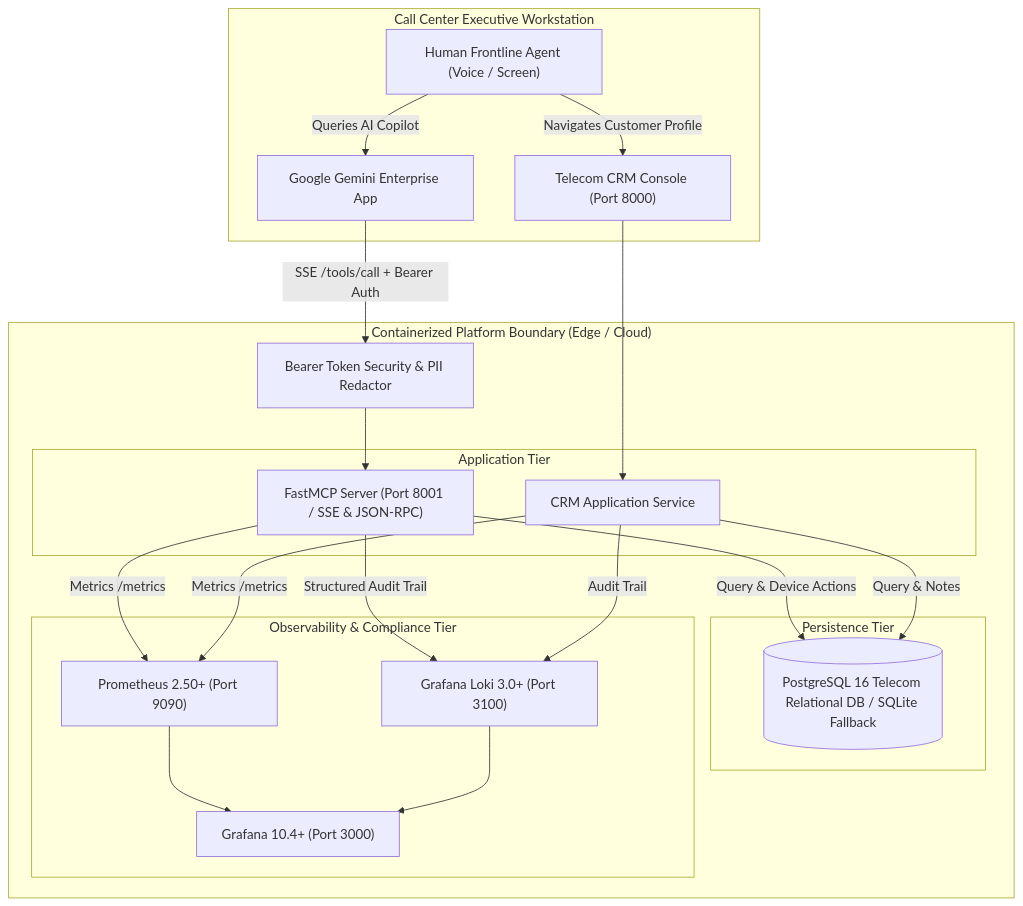
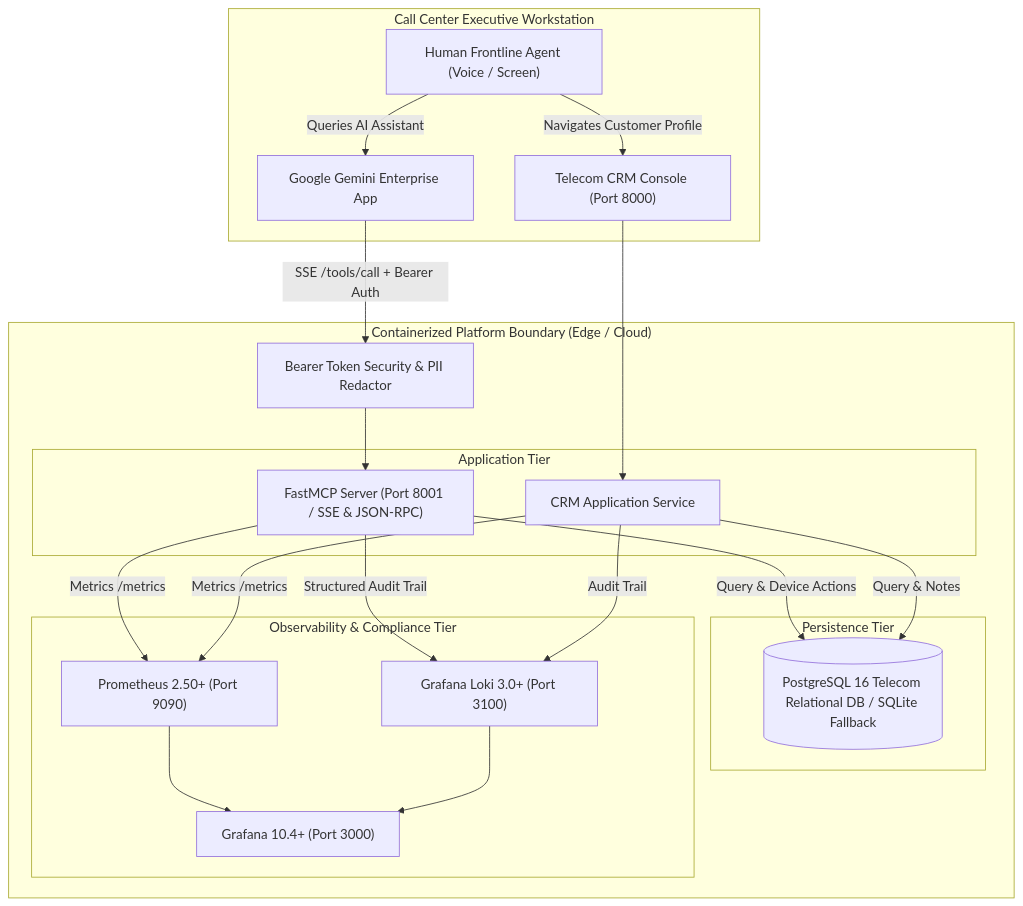
One commit to pradeesi/HybridAI changed the diagram in README.md. Above: the diagram before and after it, drawn with Mermaid. The commit also changed other lines of this file and 3 other files, not shown here.

````diff
--- a/README.md
+++ b/README.md
@@ -24,43 +24,43 @@
 ```mermaid
 graph TD
     subgraph AgentWorkstation["Call Center Executive Workstation"]
         Agent["Human Frontline Agent (Voice / Screen)"]
         CRM_UI["Telecom CRM Console (Port 8000)"]
         GE_App["Google Gemini Enterprise App"]
     end
 
     subgraph PlatformPerimeter["Containerized Platform Boundary (Edge / Cloud)"]
         AuthGuard["Bearer Token Security & PII Redactor"]
         
         subgraph AppServices["Application Tier"]
             MCP_Server["FastMCP Server (Port 8001 / SSE & JSON-RPC)"]
             CRM_Backend["CRM Application Service"]
         end
 
         subgraph DataTier["Persistence Tier"]
             PG[(PostgreSQL 16 Telecom Relational DB / SQLite Fallback)]
         end
 
         subgraph TelemetryTier["Observability & Compliance Tier"]
             Prometheus["Prometheus 2.50+ (Port 9090)"]
             Loki["Grafana Loki 3.0+ (Port 3100)"]
             Grafana["Grafana 10.4+ (Port 3000)"]
         end
     end
 
     Agent -->|Navigates Customer Profile| CRM_UI
-    Agent -->|Queries AI Copilot| GE_App
+    Agent -->|Queries AI Assistant| GE_App
     CRM_UI --> CRM_Backend
     GE_App -->|SSE /tools/call + Bearer Auth| AuthGuard
     AuthGuard --> MCP_Server
     
     MCP_Server -->|Query & Device Actions| PG
     CRM_Backend -->|Query & Notes| PG
     
     MCP_Server -->|Structured Audit Trail| Loki
     CRM_Backend -->|Audit Trail| Loki
     MCP_Server -->|Metrics /metrics| Prometheus
     CRM_Backend -->|Metrics /metrics| Prometheus
     Prometheus --> Grafana
     Loki --> Grafana
 ```
````
